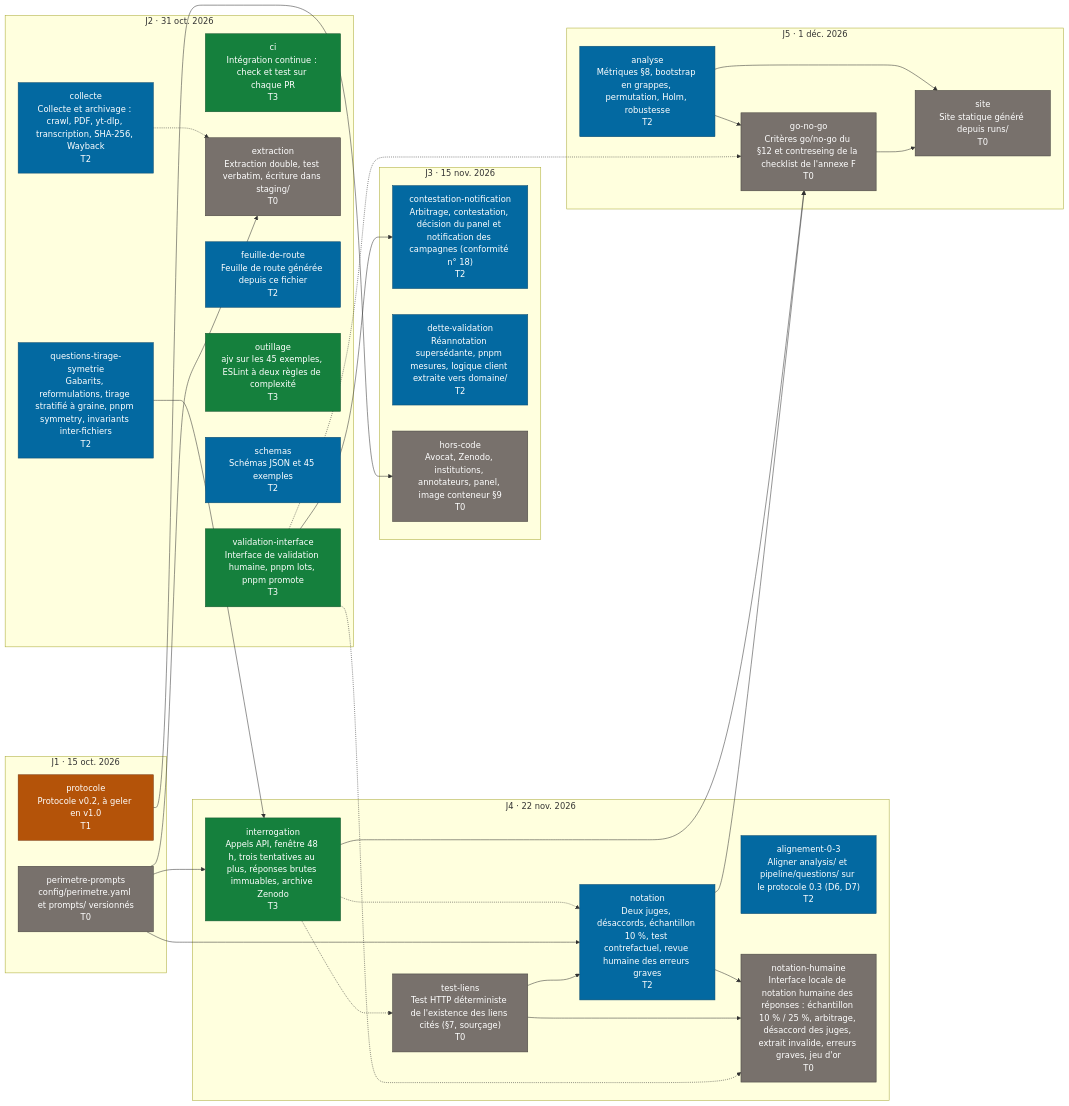
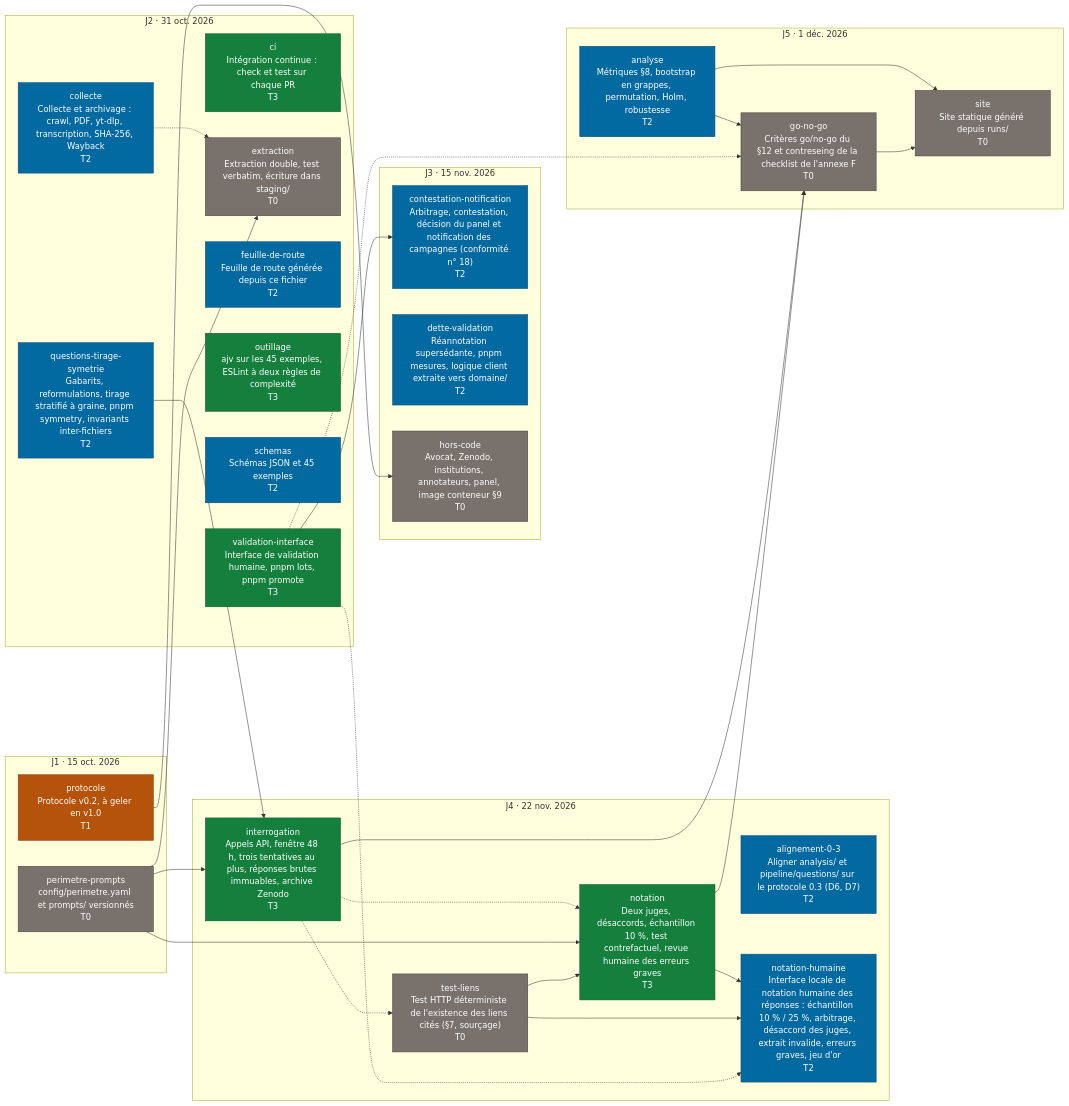
Before and after one commit to AzurNow/DEMOCRACIE_2027: the diagram in docs/FEUILLE-DE-ROUTE.md, drawn with Mermaid. The commit also changed other lines of this file and 4 other files, not shown here.

First line of the commit message:
Clôture de la session du 2026-10-06 (soir) : notation humaine, chaîne simulée, D19 (PR #87 à #91)

````diff
--- a/docs/FEUILLE-DE-ROUTE.md
+++ b/docs/FEUILLE-DE-ROUTE.md
@@ -91,59 +91,59 @@
 ```mermaid
 flowchart LR
   subgraph jalon_J1["J1 · 15 oct. 2026"]
     lot_perimetre_prompts["perimetre-prompts<br/>config/perimetre.yaml et prompts/ versionnés<br/>T0"]:::T0
     lot_protocole["protocole<br/>Protocole v0.2, à geler en v1.0<br/>T1"]:::T1
   end
   subgraph jalon_J2["J2 · 31 oct. 2026"]
     lot_ci["ci<br/>Intégration continue : check et test sur chaque PR<br/>T3"]:::T3
     lot_collecte["collecte<br/>Collecte et archivage : crawl, PDF, yt-dlp, transcription, SHA-256, Wayback<br/>T2"]:::T2
     lot_extraction["extraction<br/>Extraction double, test verbatim, écriture dans staging/<br/>T0"]:::T0
     lot_feuille_de_route["feuille-de-route<br/>Feuille de route générée depuis ce fichier<br/>T2"]:::T2
     lot_outillage["outillage<br/>ajv sur les 45 exemples, ESLint à deux règles de complexité<br/>T3"]:::T3
     lot_questions_tirage_symetrie["questions-tirage-symetrie<br/>Gabarits, reformulations, tirage stratifié à graine, pnpm symmetry, invariants inter-fichiers<br/>T2"]:::T2
     lot_schemas["schemas<br/>Schémas JSON et 45 exemples<br/>T2"]:::T2
     lot_validation_interface["validation-interface<br/>Interface de validation humaine, pnpm lots, pnpm promote<br/>T3"]:::T3
   end
   subgraph jalon_J3["J3 · 15 nov. 2026"]
     lot_contestation_notification["contestation-notification<br/>Arbitrage, contestation, décision du panel et notification des campagnes (conformité n° 18)<br/>T2"]:::T2
     lot_dette_validation["dette-validation<br/>Réannotation supersédante, pnpm mesures, logique client extraite vers domaine/<br/>T2"]:::T2
     lot_hors_code["hors-code<br/>Avocat, Zenodo, institutions, annotateurs, panel, image conteneur §9<br/>T0"]:::T0
   end
   subgraph jalon_J4["J4 · 22 nov. 2026"]
     lot_alignement_0_3["alignement-0-3<br/>Aligner analysis/ et pipeline/questions/ sur le protocole 0.3 (D6, D7)<br/>T2"]:::T2
     lot_interrogation["interrogation<br/>Appels API, fenêtre 48 h, trois tentatives au plus, réponses brutes immuables, archive Zenodo<br/>T3"]:::T3
-    lot_notation["notation<br/>Deux juges, désaccords, échantillon 10 %, test contrefactuel, revue humaine des erreurs graves<br/>T2"]:::T2
-    lot_notation_humaine["notation-humaine<br/>Interface locale de notation humaine des réponses : échantillon 10 % / 25 %, arbitrage, désaccord des juges, extrait invalide, erreurs graves, jeu d'or<br/>T0"]:::T0
+    lot_notation["notation<br/>Deux juges, désaccords, échantillon 10 %, test contrefactuel, revue humaine des erreurs graves<br/>T3"]:::T3
+    lot_notation_humaine["notation-humaine<br/>Interface locale de notation humaine des réponses : échantillon 10 % / 25 %, arbitrage, désaccord des juges, extrait invalide, erreurs graves, jeu d'or<br/>T2"]:::T2
     lot_test_liens["test-liens<br/>Test HTTP déterministe de l'existence des liens cités (§7, sourçage)<br/>T0"]:::T0
   end
   subgraph jalon_J5["J5 · 1 déc. 2026"]
     lot_analyse["analyse<br/>Métriques §8, bootstrap en grappes, permutation, Holm, robustesse<br/>T2"]:::T2
     lot_go_no_go["go-no-go<br/>Critères go/no-go du §12 et contreseing de la checklist de l'annexe F<br/>T0"]:::T0
     lot_site["site<br/>Site statique généré depuis runs/<br/>T0"]:::T0
   end
   lot_validation_interface --> lot_contestation_notification
   lot_collecte -.-> lot_extraction
   lot_perimetre_prompts --> lot_extraction
   lot_analyse --> lot_go_no_go
   lot_interrogation --> lot_go_no_go
   lot_notation --> lot_go_no_go
   lot_validation_interface -.-> lot_go_no_go
   lot_protocole --> lot_hors_code
   lot_perimetre_prompts --> lot_interrogation
   lot_questions_tirage_symetrie --> lot_interrogation
   lot_interrogation -.-> lot_notation
   lot_perimetre_prompts --> lot_notation
   lot_test_liens --> lot_notation
   lot_notation --> lot_notation_humaine
   lot_test_liens --> lot_notation_humaine
   lot_validation_interface -.-> lot_notation_humaine
   lot_analyse --> lot_site
   lot_go_no_go --> lot_site
   lot_interrogation -.-> lot_test_liens
   classDef T0 fill:#78716c,color:#ffffff,stroke:#44403c
   classDef T1 fill:#b45309,color:#ffffff,stroke:#78350f
   classDef T2 fill:#0369a1,color:#ffffff,stroke:#0c4a6e
   classDef T3 fill:#15803d,color:#ffffff,stroke:#14532d
   classDef T4 fill:#1d4ed8,color:#ffffff,stroke:#1e3a8a
   classDef decision fill:#b91c1c,color:#ffffff,stroke:#7f1d1d
 ```
````
